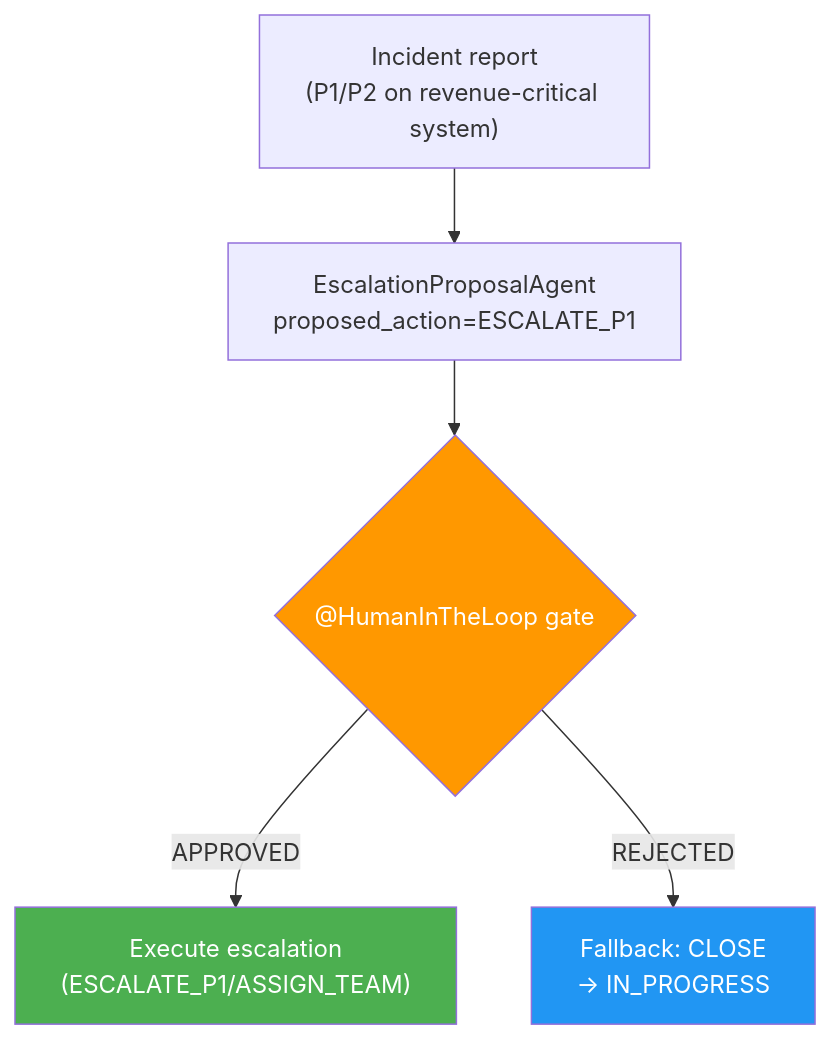
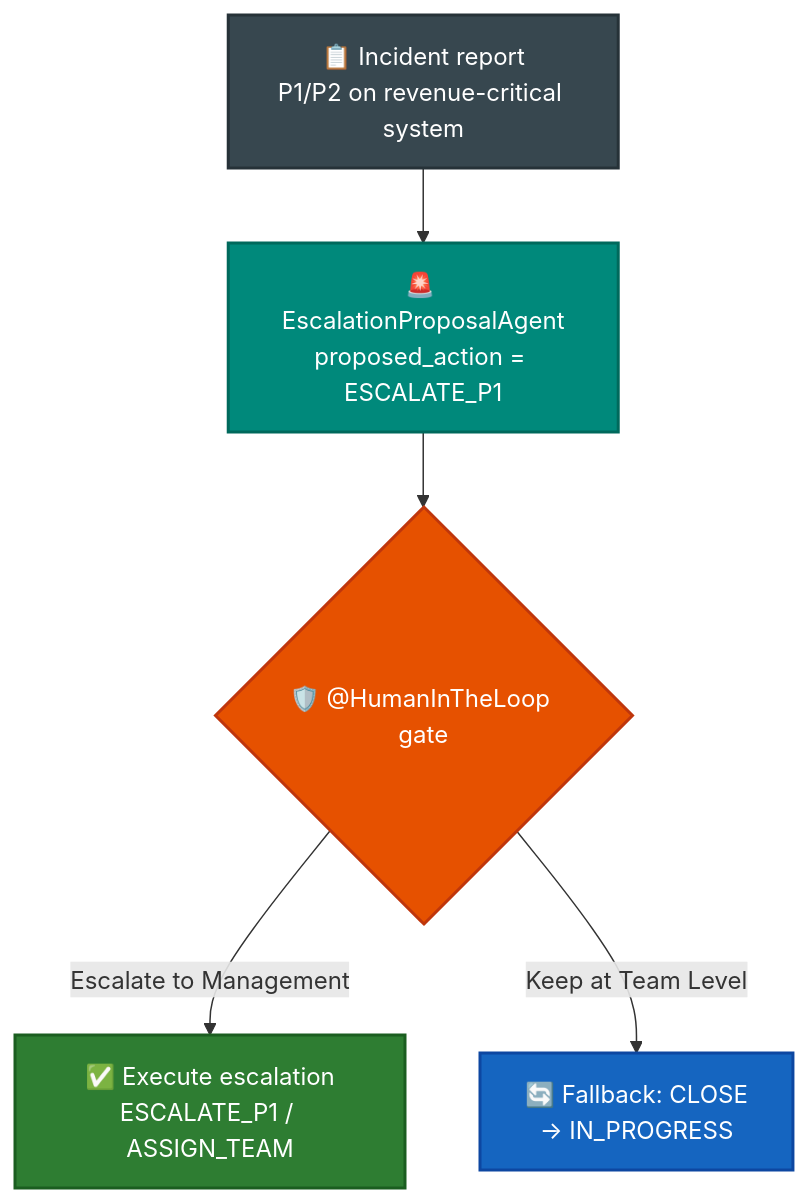
The second of 3 diagrams in docs/LAB_GUIDE.md (danieloh30/techxchange-2026-quarkus-bob-lab), drawn with Mermaid before and after one commit. The commit also changed other lines of this file and 5 other files, not shown here.

First line of the commit message:
docs: restyle all Mermaid charts with color-coded nodes and icons

````diff
--- a/docs/LAB_GUIDE.md
+++ b/docs/LAB_GUIDE.md
@@ -400,12 +410,18 @@
 ```mermaid
 flowchart TD
-    IR["Incident report<br/>(P1/P2 on revenue-critical system)"] --> EPA
-    EPA["EscalationProposalAgent<br/>proposed_action=ESCALATE_P1"] --> HITL
-    HITL{"@HumanInTheLoop gate"}
-    HITL -->|APPROVED| EXEC["Execute escalation<br/>(ESCALATE_P1/ASSIGN_TEAM)"]
-    HITL -->|REJECTED| FALL["Fallback: CLOSE<br/>→ IN_PROGRESS"]
+    IR["📋 Incident report<br/>P1/P2 on revenue-critical system"]:::input
+    EPA["🚨 EscalationProposalAgent<br/>proposed_action = ESCALATE_P1"]:::agent
+    HITL{"🛡️ @HumanInTheLoop gate"}:::decision
+    EXEC["✅ Execute escalation<br/>ESCALATE_P1 / ASSIGN_TEAM"]:::success
+    FALL["🔄 Fallback: CLOSE<br/>→ IN_PROGRESS"]:::info
 
-    style HITL fill:#ff9800,color:#fff
-    style EXEC fill:#4caf50,color:#fff
-    style FALL fill:#2196f3,color:#fff
+    IR --> EPA --> HITL
+    HITL -->|"Escalate to Management"| EXEC
+    HITL -->|"Keep at Team Level"| FALL
+
+    classDef input fill:#37474f,stroke:#263238,color:#fff,stroke-width:2px
+    classDef agent fill:#00897b,stroke:#00695c,color:#fff,stroke-width:2px
+    classDef decision fill:#e65100,stroke:#bf360c,color:#fff,stroke-width:2px
+    classDef success fill:#2e7d32,stroke:#1b5e20,color:#fff,stroke-width:2px
+    classDef info fill:#1565c0,stroke:#0d47a1,color:#fff,stroke-width:2px
 ```
````
